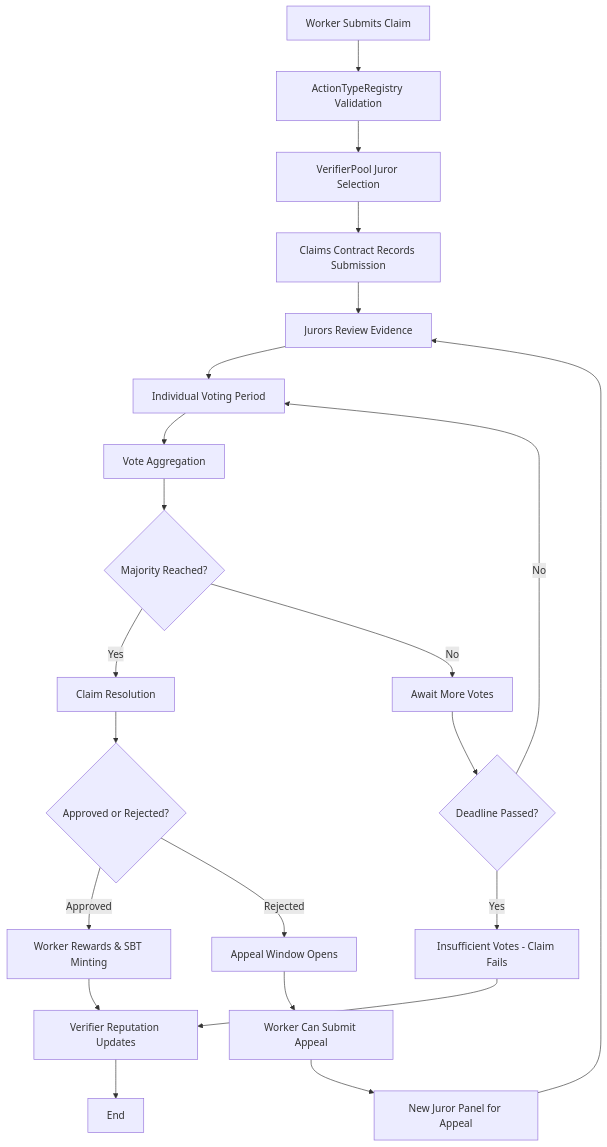
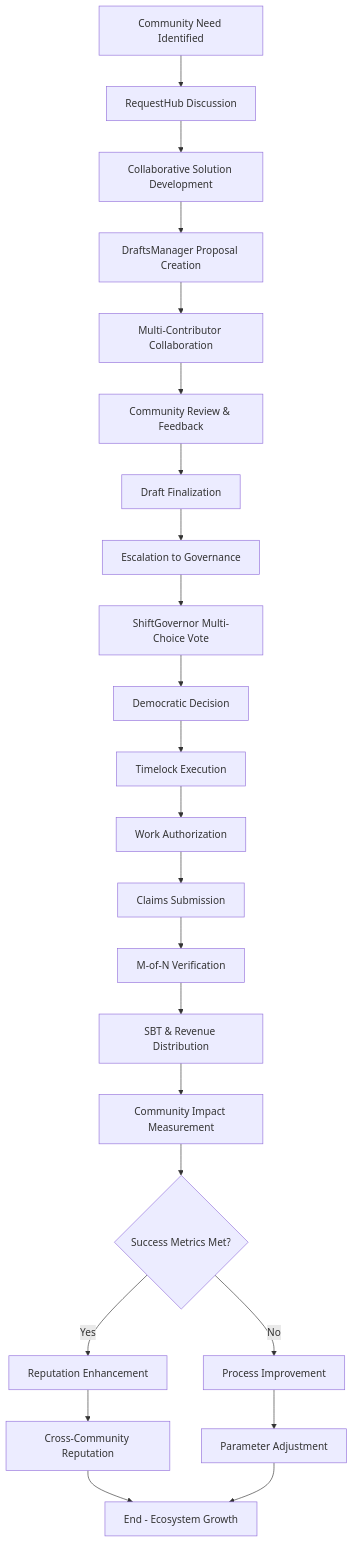
The second of 5 diagrams in docs/EN/Architecture.md (Nevtep/shift-desoc), drawn with Mermaid before and after one commit. The commit also changed other lines of this file and 4 other files, not shown here.

````diff
--- a/docs/EN/Architecture.md
+++ b/docs/EN/Architecture.md
@@ -109,30 +179,30 @@
 ```mermaid
 graph TD
-    A[Worker Submits Claim] --> B[ActionTypeRegistry Validation]
-    B --> C[VerifierPool Juror Selection]
-    C --> D[Claims Contract Records Submission]
+    A[Community Need Identified] --> B[RequestHub Discussion]
+    B --> C[Collaborative Solution Development]
+    C --> D[DraftsManager Proposal Creation]
     
-    D --> E[Jurors Review Evidence]
-    E --> F[Individual Voting Period]
-    F --> G[Vote Aggregation]
+    D --> E[Multi-Contributor Collaboration]
+    E --> F[Community Review & Feedback]
+    F --> G[Draft Finalization]
+    G --> H[Escalation to Governance]
     
-    G --> H{Majority Reached?}
-    H -->|Yes| I[Claim Resolution]
-    H -->|No| J[Await More Votes]
+    H --> I[ShiftGovernor Multi-Choice Vote]
+    I --> J[Democratic Decision]
+    J --> K[Timelock Execution]
+    K --> L[Work Authorization]
     
-    J --> K{Deadline Passed?}
-    K -->|No| F
-    K -->|Yes| L[Insufficient Votes - Claim Fails]
+    L --> M[Claims Submission]
+    M --> N[M-of-N Verification]
+    N --> O[SBT & Revenue Distribution]
+    O --> P[Community Impact Measurement]
     
-    I --> M{Approved or Rejected?}
-    M -->|Approved| N[Worker Rewards & SBT Minting]
-    M -->|Rejected| O[Appeal Window Opens]
+    P --> Q{Success Metrics Met?}
+    Q -->|Yes| R[Reputation Enhancement]
+    Q -->|No| S[Process Improvement]
     
-    N --> P[Verifier Reputation Updates]
-    O --> Q[Worker Can Submit Appeal]
-    L --> P
-    Q --> R[New Juror Panel for Appeal]
-    
-    P --> S[End]
-    R --> E
+    R --> T[Cross-Community Reputation]
+    S --> U[Parameter Adjustment]
+    T --> V[End - Ecosystem Growth]
+    U --> V
 ```
````
